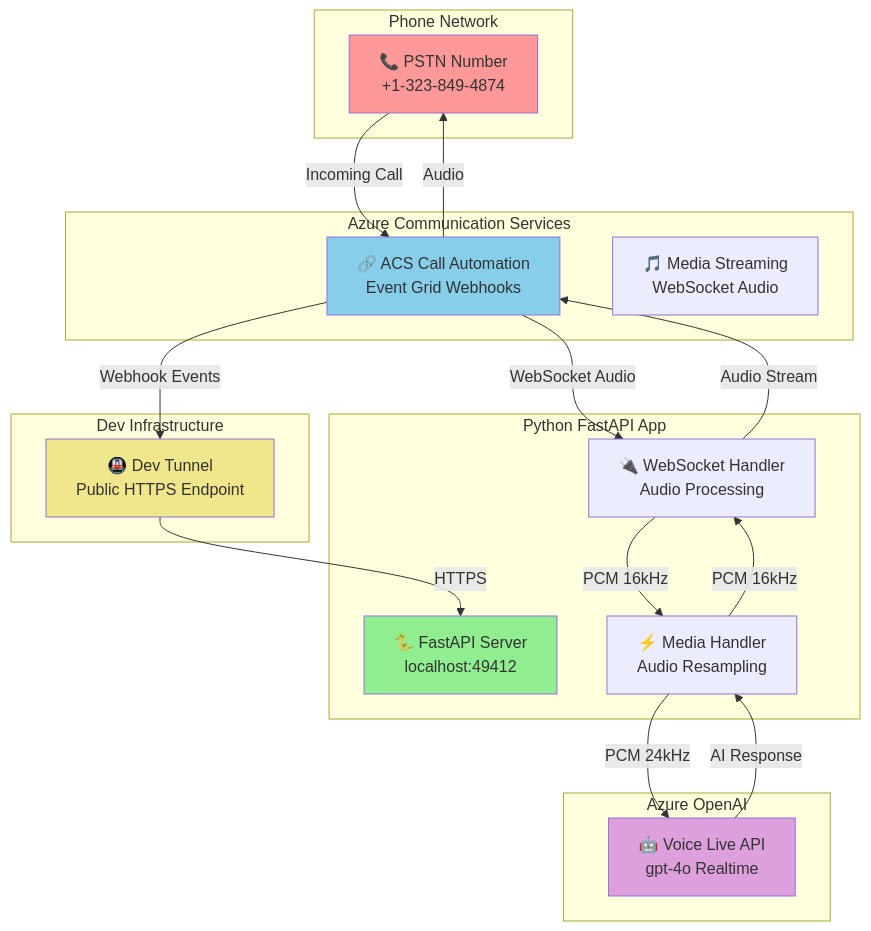
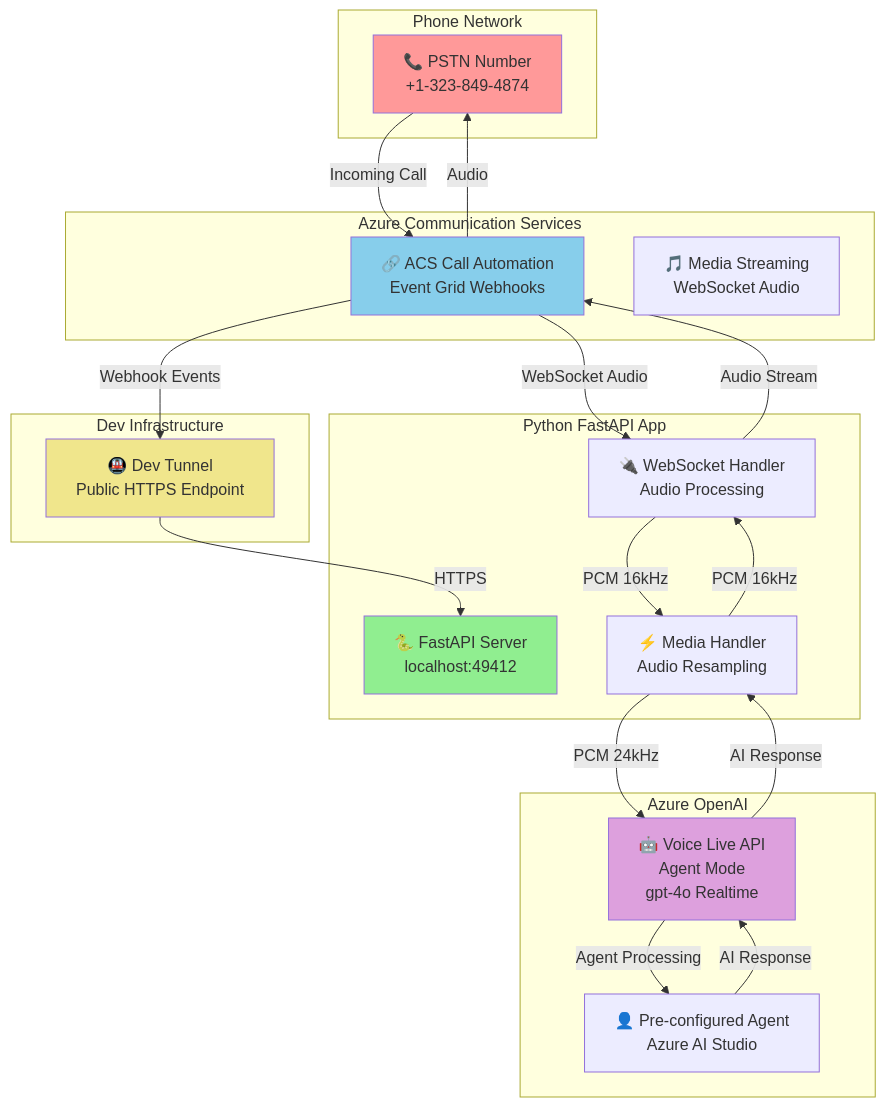
Before and after one commit to Ricky-G/azure-scenario-hub: the first of 3 diagrams in src/azure-communication-services-integrate-voice-live-api/python/README.md, drawn with Mermaid. The commit also changed other lines of this file and 147 other files, not shown here.

````diff
--- a/src/azure-communication-services-integrate-voice-live-api/python/README.md
+++ b/src/azure-communication-services-integrate-voice-live-api/python/README.md
@@ -17,42 +17,45 @@
 ```mermaid
 graph TB
     subgraph "Phone Network"
         PSTN[📞 PSTN Number<br/>+1-323-849-4874]
     end
     
     subgraph "Azure Communication Services"
         ACS[🔗 ACS Call Automation<br/>Event Grid Webhooks]
         MEDIA[🎵 Media Streaming<br/>WebSocket Audio]
     end
     
     subgraph "Python FastAPI App"
         API[🐍 FastAPI Server<br/>localhost:49412]
         WS[🔌 WebSocket Handler<br/>Audio Processing]
         HANDLER[⚡ Media Handler<br/>Audio Resampling]
     end
     
     subgraph "Azure OpenAI"
-        VOICE[🤖 Voice Live API<br/>gpt-4o Realtime]
+        VOICE[🤖 Voice Live API<br/>Agent Mode<br/>gpt-4o Realtime]
+        AGENT[👤 Pre-configured Agent<br/>Azure AI Studio]
     end
     
     subgraph "Dev Infrastructure"
         TUNNEL[🚇 Dev Tunnel<br/>Public HTTPS Endpoint]
     end
     
     PSTN -->|Incoming Call| ACS
     ACS -->|Webhook Events| TUNNEL
     TUNNEL -->|HTTPS| API
     ACS -->|WebSocket Audio| WS
     WS -->|PCM 16kHz| HANDLER
     HANDLER -->|PCM 24kHz| VOICE
+    VOICE -->|Agent Processing| AGENT
+    AGENT -->|AI Response| VOICE
     VOICE -->|AI Response| HANDLER
     HANDLER -->|PCM 16kHz| WS
     WS -->|Audio Stream| ACS
     ACS -->|Audio| PSTN
     
     style PSTN fill:#ff9999
     style ACS fill:#87CEEB
     style API fill:#90EE90
     style VOICE fill:#DDA0DD
     style TUNNEL fill:#F0E68C
 ```
````
